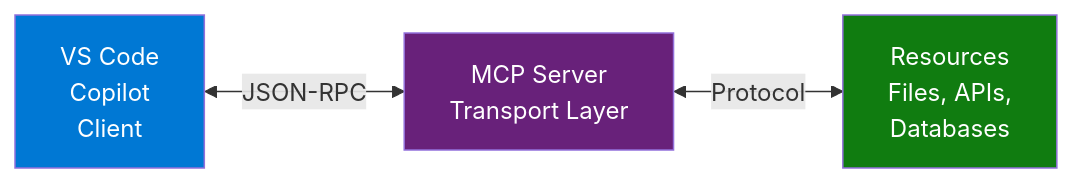
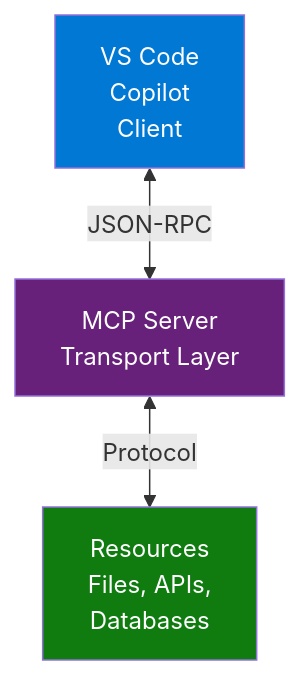
Before and after one commit to j0hnnymiller/AI-Assisted-Software-Development: the second of 3 diagrams in slides/marp/mcp-model-context-protocol-servers.deck.md, drawn with Mermaid. The commit also changed other lines of this file and 3 other files, not shown here.

Commit message:
feat: enhance presentation slides with improved flowchart styles and context efficiency explanations

````diff
--- a/slides/marp/mcp-model-context-protocol-servers.deck.md
+++ b/slides/marp/mcp-model-context-protocol-servers.deck.md
@@ -85,8 +88,8 @@
 ```mermaid
-graph LR
+graph TB
   A[VS Code<br/>Copilot<br/>Client] <-->|JSON-RPC| B[MCP Server<br/>Transport Layer]
   B <-->|Protocol| C[Resources<br/>Files, APIs,<br/>Databases]
   style A fill:#0078d4,color:#fff
   style B fill:#68217a,color:#fff
   style C fill:#107c10,color:#fff
 ```
````
